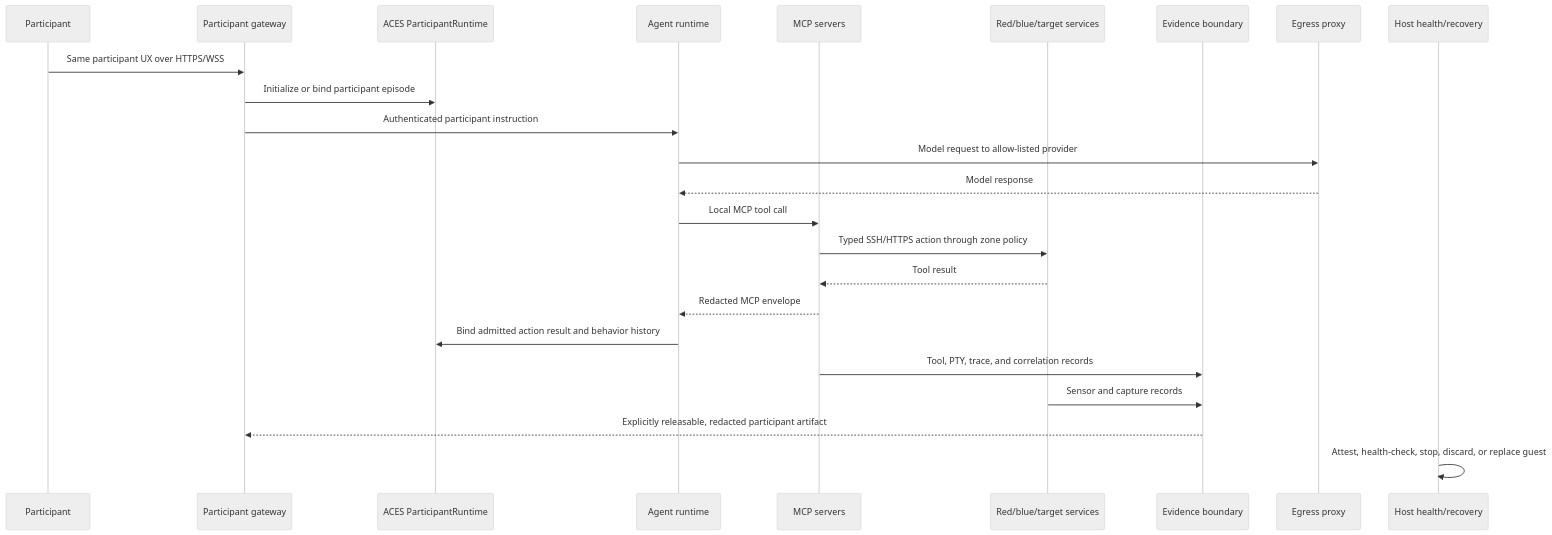
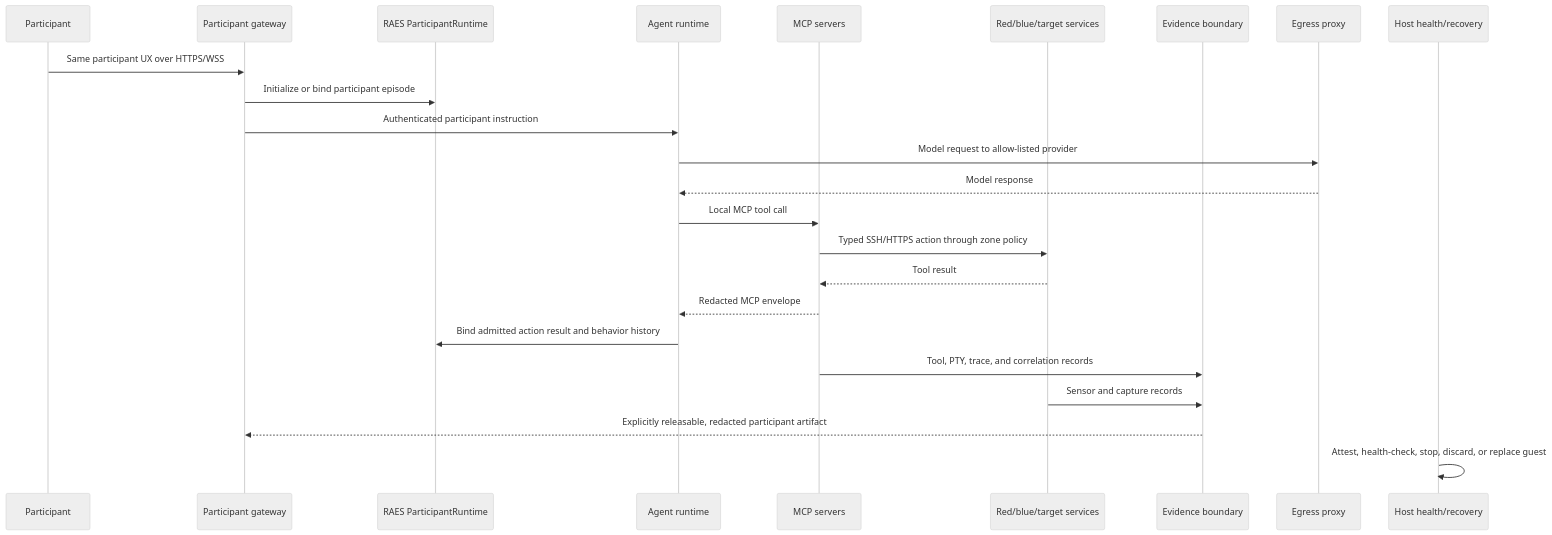
The second of 2 diagrams in docs/adrs/adr-049-sealed-disposable-lab-appliance.md (Brad-Edwards/aptl), drawn with Mermaid (neutral theme) before and after one commit. The commit also changed other lines of this file and 349 other files, not shown here.

Commit message:
feat: rename ACES to RAES and migrate to the raes 1.1.0 distribution

````diff
--- a/docs/adrs/adr-049-sealed-disposable-lab-appliance.md
+++ b/docs/adrs/adr-049-sealed-disposable-lab-appliance.md
@@ -152,27 +152,27 @@
 ```mermaid
 sequenceDiagram
     participant U as Participant
     participant G as Participant gateway
-    participant R as ACES ParticipantRuntime
+    participant R as RAES ParticipantRuntime
     participant A as Agent runtime
     participant M as MCP servers
     participant L as Red/blue/target services
     participant E as Evidence boundary
     participant X as Egress proxy
     participant H as Host health/recovery
 
     U->>G: Same participant UX over HTTPS/WSS
     G->>R: Initialize or bind participant episode
     G->>A: Authenticated participant instruction
     A->>X: Model request to allow-listed provider
     X-->>A: Model response
     A->>M: Local MCP tool call
     M->>L: Typed SSH/HTTPS action through zone policy
     L-->>M: Tool result
     M-->>A: Redacted MCP envelope
     A->>R: Bind admitted action result and behavior history
     M->>E: Tool, PTY, trace, and correlation records
     L->>E: Sensor and capture records
     E-->>G: Explicitly releasable, redacted participant artifact
     H->>H: Attest, health-check, stop, discard, or replace guest
 ```
````
